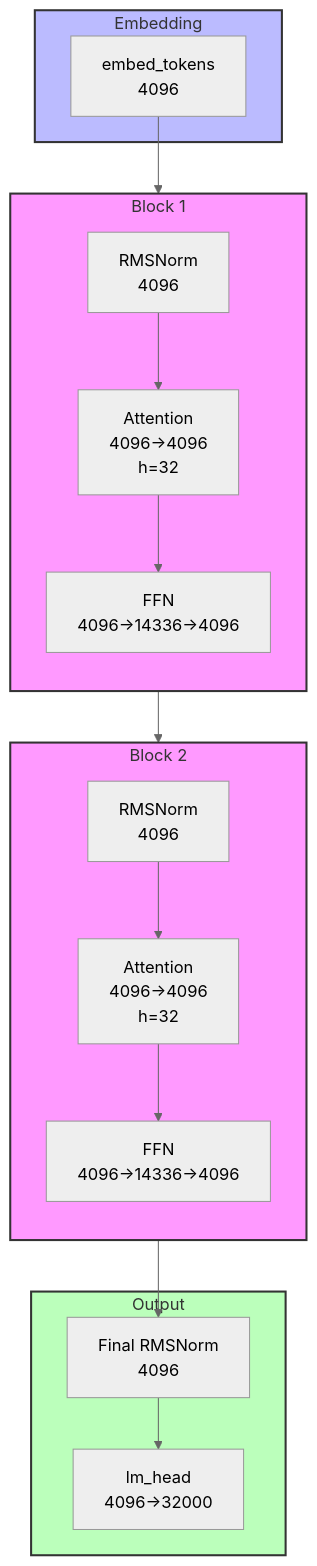
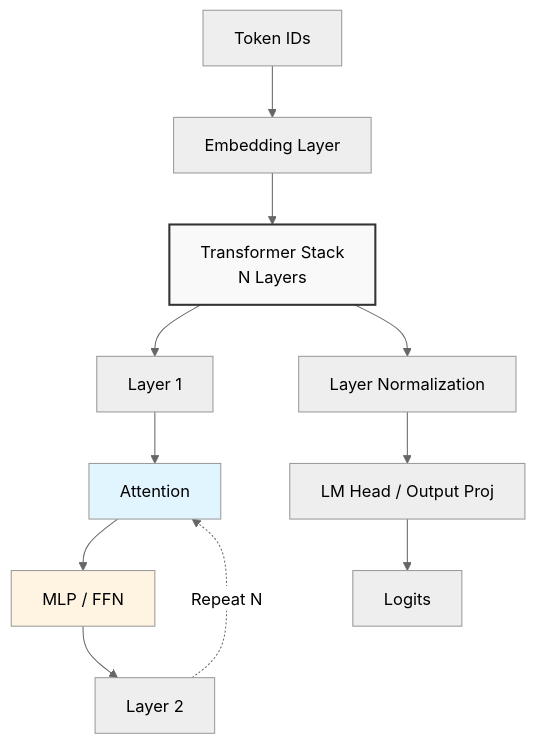
One commit to kevinoldching/agent-skills changed the first of 3 diagrams in create_model_arch_diagram/SKILL.md. Above: the diagram before and after it, drawn with Mermaid (neutral theme). The commit also changed other lines of this file, not shown here.

First line of the commit message:
refactor: update Mermaid examples with cleaner style per user feedback

````diff
--- a/create_model_arch_diagram/SKILL.md
+++ b/create_model_arch_diagram/SKILL.md
@@ -251,39 +253,19 @@
 ```mermaid
 graph TB
-    subgraph Embedding
-        E[embed_tokens<br/>4096]
-    end
+    Input[Token IDs] --> Embed[Embedding Layer]
+    Embed --> TransformerStack[Transformer Stack<br/>N Layers]
 
-    subgraph Block_1[Block 1]
-        direction TB
-        N1[RMSNorm<br/>4096]
-        A1[Attention<br/>4096→4096<br/>h=32]
-        F1[FFN<br/>4096→14336→4096]
-        N1 --> A1
-        A1 --> F1
-    end
+    TransformerStack --> Layer1[Layer 1]
+    Layer1 --> Attention1[Attention]
+    Attention1 --> MLP1[MLP / FFN]
+    MLP1 --> Layer2[Layer 2]
+    Layer2 -.->|Repeat N| Attention1
 
-    subgraph Block_2[Block 2]
-        direction TB
-        N2[RMSNorm<br/>4096]
-        A2[Attention<br/>4096→4096<br/>h=32]
-        F2[FFN<br/>4096→14336→4096]
-        N2 --> A2
-        A2 --> F2
-    end
+    TransformerStack --> Norm[Layer Normalization]
+    Norm --> LMHead[LM Head / Output Proj]
+    LMHead --> Output[Logits]
 
-    subgraph Output
-        LN[Final RMSNorm<br/>4096]
-        LM[lm_head<br/>4096→32000]
-    end
-
-    E --> N1
-    N1 --> N2
-    N2 --> LN
-    LN --> LM
-
-    style Block_1 fill:#f9f,stroke:#333,stroke-width:2px
-    style Block_2 fill:#f9f,stroke:#333,stroke-width:2px
-    style Embedding fill:#bbf,stroke:#333,stroke-width:2px
-    style Output fill:#bfb,stroke:#333,stroke-width:2px
+    style TransformerStack fill:#f9f9f9,stroke:#333,stroke-width:2px
+    style Attention1 fill:#e1f5ff
+    style MLP1 fill:#fff4e1
 ```
````
